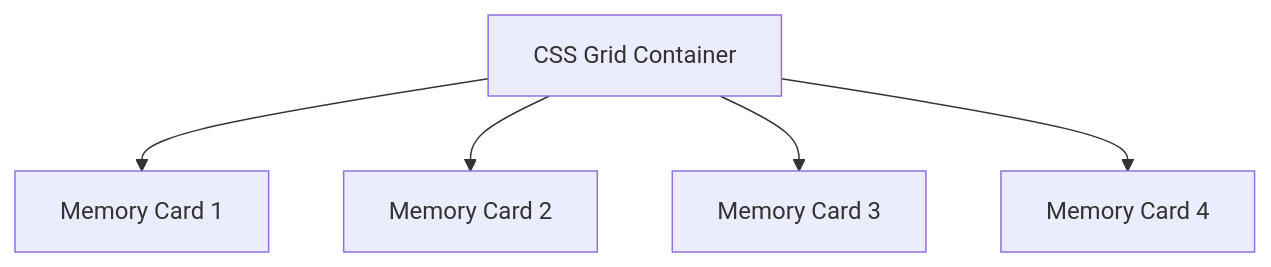
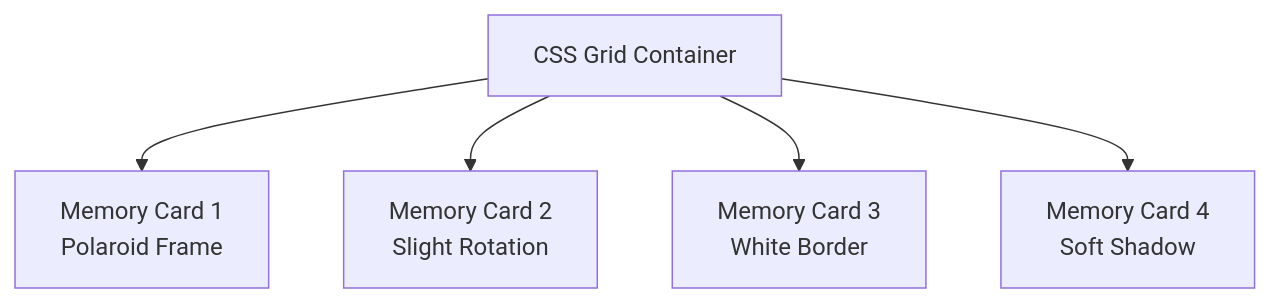
One commit to quangkiet1/anh-xin-loi changed the third of 6 diagrams in .qoder/repowiki/en/content/Design System Reference/Visual Principles & Layout.md. Above: the diagram before and after it, drawn with Mermaid. The commit also changed other lines of this file and 13 other files, not shown here.

````diff
--- a/.qoder/repowiki/en/content/Design System Reference/Visual Principles & Layout.md
+++ b/.qoder/repowiki/en/content/Design System Reference/Visual Principles & Layout.md
@@ -241,7 +264,7 @@
 ```mermaid
 flowchart TD
-Grid["CSS Grid Container"] --> Cell1["Memory Card 1"]
-Grid --> Cell2["Memory Card 2"]
-Grid --> Cell3["Memory Card 3"]
-Grid --> Cell4["Memory Card 4"]
+Grid["CSS Grid Container"] --> Cell1["Memory Card 1<br/>Polaroid Frame"]
+Grid --> Cell2["Memory Card 2<br/>Slight Rotation"]
+Grid --> Cell3["Memory Card 3<br/>White Border"]
+Grid --> Cell4["Memory Card 4<br/>Soft Shadow"]
 ```
````
